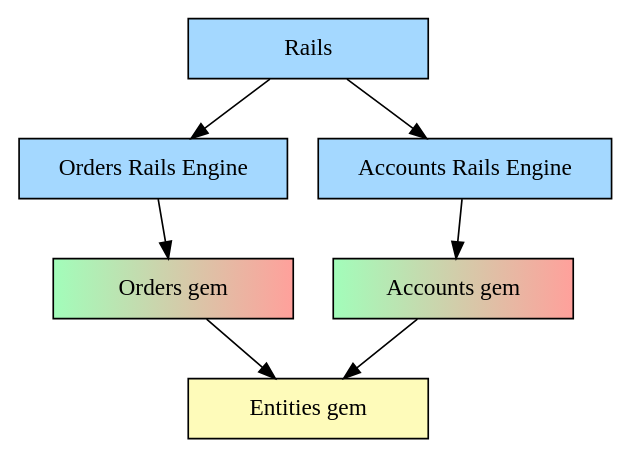
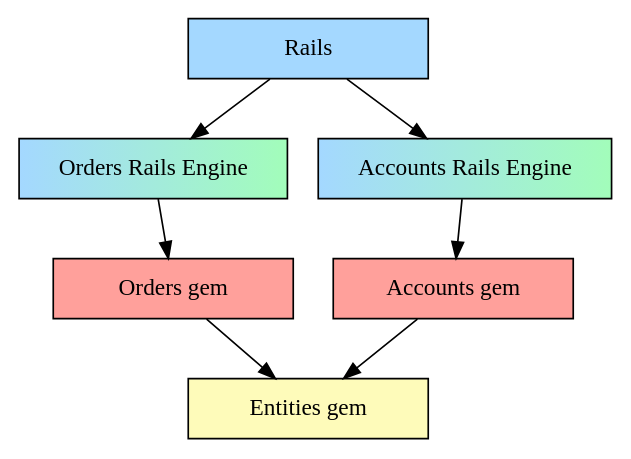
One commit to sergio-fry/slides changed the second of 2 diagrams in modular-app/slides.md. Above: the diagram before and after it, drawn with PlantUML. The commit also changed other lines of this file and 1 other file, not shown here.

````diff
--- a/modular-app/slides.md
+++ b/modular-app/slides.md
@@ -250,23 +217,23 @@
 ```plantuml
 digraph G {
   node [shape="box" style="filled" width="2" fillcolor="white"]
 
   entities [label="Entities gem" fillcolor="#FEFBBA"];
 
-  orders_gem [label="Orders gem" fillcolor="#A2FDBA:#FFA09B"]
-  orders_rails_engine [label="Orders Rails Engine" fillcolor="#A4D8FF"]
+  orders_gem [label="Orders gem" fillcolor="#FFA09B"]
+  orders_rails_engine [label="Orders Rails Engine" fillcolor="#A4D8FF:#A2FDBA"]
 
   orders_gem -> entities;
   orders_rails_engine -> orders_gem;
 
-  accounts_gem [label="Accounts gem" fillcolor="#A2FDBA:#FFA09B"]
-  accounts_rails_engine [label="Accounts Rails Engine" fillcolor="#A4D8FF"]
+  accounts_gem [label="Accounts gem" fillcolor="#FFA09B"]
+  accounts_rails_engine [label="Accounts Rails Engine" fillcolor="#A4D8FF:#A2FDBA"]
 
   accounts_gem -> entities;
   accounts_rails_engine -> accounts_gem;
 
   rails [label="Rails" fillcolor="#A4D8FF"];
   rails -> orders_rails_engine;
   rails -> accounts_rails_engine;
 } 
 ```
````
